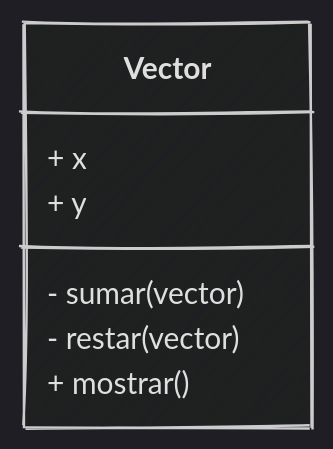
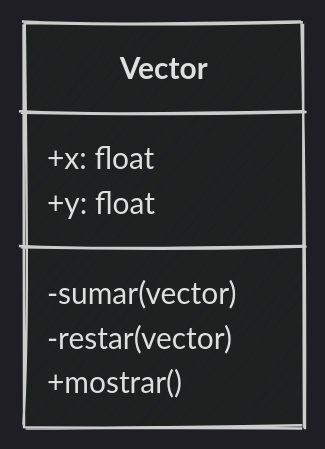
One commit to python-la-paz/python-study-group-oop changed the seventh of 8 diagrams in content/sesion07/Readme.md. Above: the diagram before and after it, drawn with Mermaid. The commit also changed other lines of this file and 1 other file, not shown here.

Commit message:
Add vector diagram image for Sesión 07

````diff
--- a/content/sesion07/Readme.md
+++ b/content/sesion07/Readme.md
@@ -1218,11 +1315,11 @@
 ```mermaid
 %%{init: {"theme": "dark", "look": "handDrawn"  }}%%
 classDiagram
     class Vector {
-        + x
-        + y
-        - sumar(vector)
-        - restar(vector)
-        + mostrar()
+        +x: float
+        +y: float
+        -sumar(vector)
+        -restar(vector)
+        +mostrar()
     }
 ```
````
